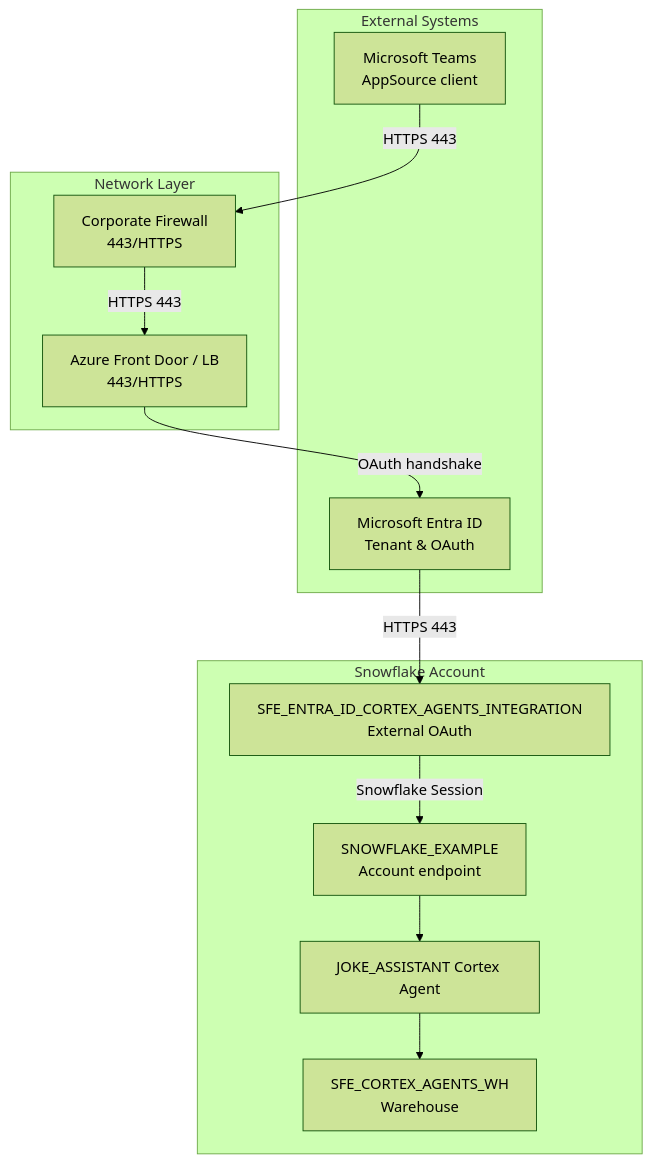
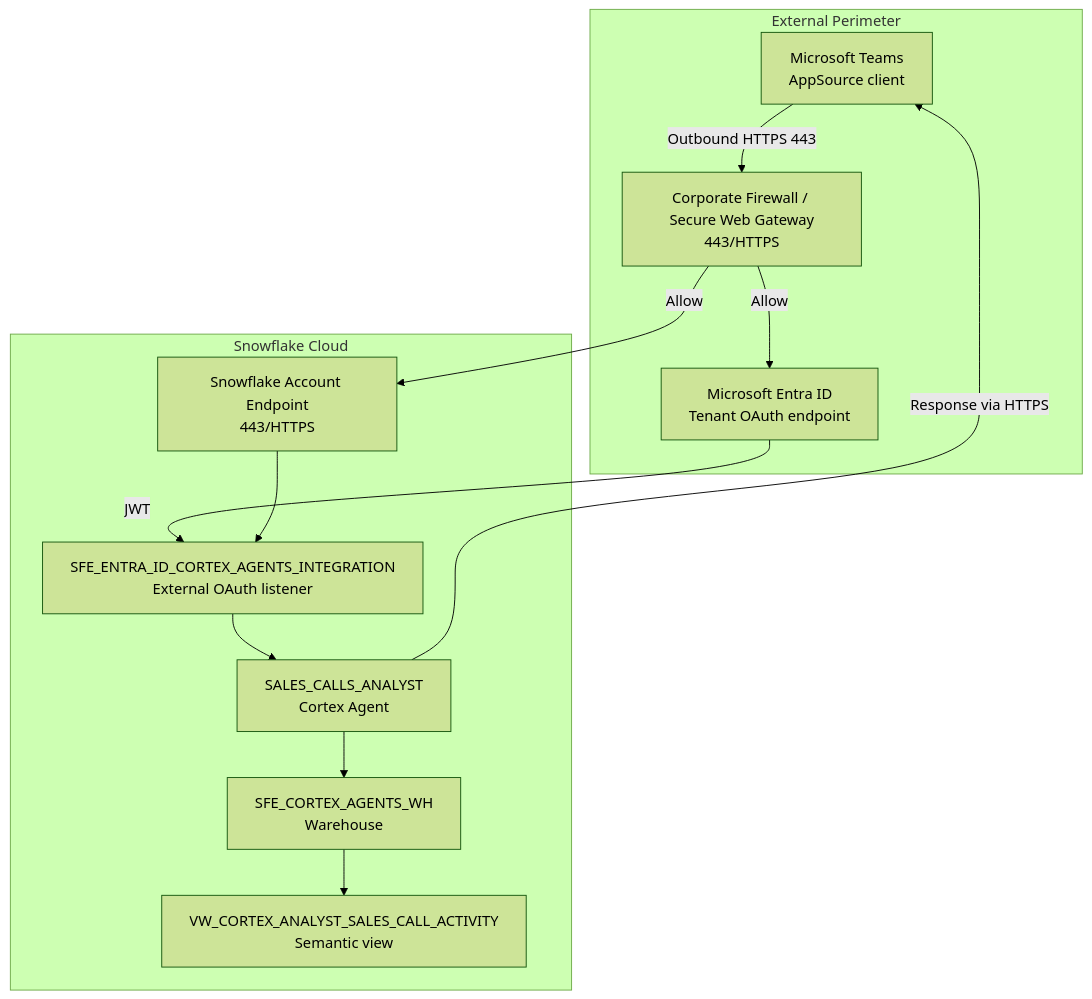
The diagram in diagrams/network-flow.md (sfc-gh-miwhitaker/teams-agent-uni), drawn with Mermaid (forest theme) before and after one commit. The commit also changed other lines of this file and 2 other files, not shown here.

````diff
--- a/diagrams/network-flow.md
+++ b/diagrams/network-flow.md
@@ -10,25 +10,25 @@
 ```mermaid
 graph TB
-    subgraph External Systems
+    subgraph External Perimeter
         Teams[Microsoft Teams<br/>AppSource client]
-        Entra[Microsoft Entra ID<br/>Tenant & OAuth]
+        CorpFirewall[Corporate Firewall / Secure Web Gateway<br/>443/HTTPS]
+        Entra[Microsoft Entra ID<br/>Tenant OAuth endpoint]
     end
-    subgraph Network Layer
-        Firewall[Corporate Firewall<br/>443/HTTPS]
-        AzureLB[Azure Front Door / LB<br/>443/HTTPS]
-    end
-    subgraph Snowflake Account
-        API[SFE_ENTRA_ID_CORTEX_AGENTS_INTEGRATION<br/>External OAuth]
-        Account[SNOWFLAKE_EXAMPLE<br/>Account endpoint]
-        Agent[JOKE_ASSISTANT Cortex Agent]
+    subgraph Snowflake Cloud
+        Edge[Snowflake Account Endpoint<br/>443/HTTPS]
+        OAuth[SFE_ENTRA_ID_CORTEX_AGENTS_INTEGRATION<br/>External OAuth listener]
+        Agent[SALES_CALLS_ANALYST<br/>Cortex Agent]
         Warehouse[SFE_CORTEX_AGENTS_WH<br/>Warehouse]
+        SemanticView[VW_CORTEX_ANALYST_SALES_CALL_ACTIVITY<br/>Semantic view]
     end
 
-    Teams -->|HTTPS 443| Firewall
-    Firewall -->|HTTPS 443| AzureLB
-    AzureLB -->|OAuth handshake| Entra
-    Entra -->|HTTPS 443| API
-    API -->|Snowflake Session| Account
-    Account --> Agent
+    Teams -->|Outbound HTTPS 443| CorpFirewall
+    CorpFirewall -->|Allow| Entra
+    CorpFirewall -->|Allow| Edge
+    Entra -->|JWT| OAuth
+    Edge --> OAuth
+    OAuth --> Agent
     Agent --> Warehouse
+    Warehouse --> SemanticView
+    Agent -->|Response via HTTPS| Teams
 ```
````
